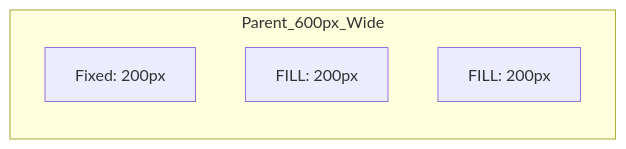
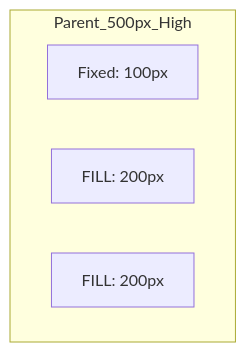
The first of 3 diagrams in docs/widgets/Widget.md (austral-os/horizon), drawn with Mermaid before and after one commit. The commit also changed other lines of this file, not shown here.

Commit message:
docs: update Widget layout documentation with corrected Mermaid diagrams and calculation examples

````diff
--- a/docs/widgets/Widget.md
+++ b/docs/widgets/Widget.md
@@ -50,8 +47,8 @@
 ```mermaid
-graph LR
-    subgraph Parent_600px_Wide
-        A[Fixed: 200px]
+graph TD
+    subgraph Parent_500px_High
+        A[Fixed: 100px]
         B[FILL: 200px]
         C[FILL: 200px]
     end
 ```
````
